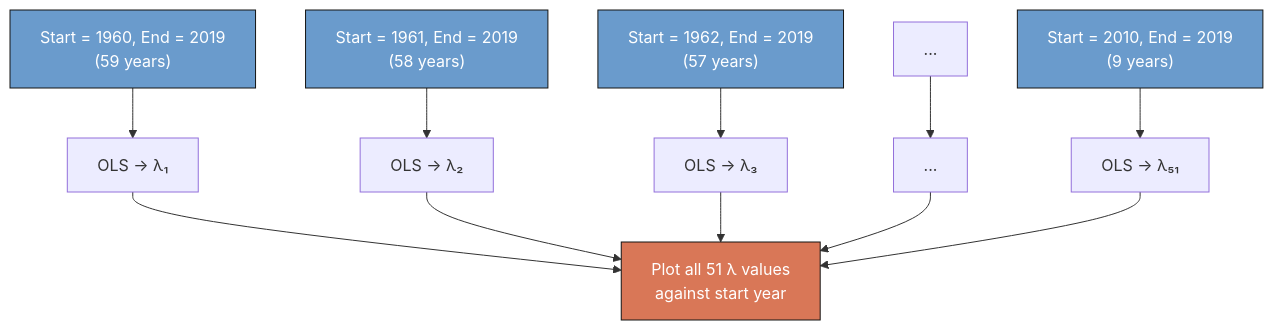
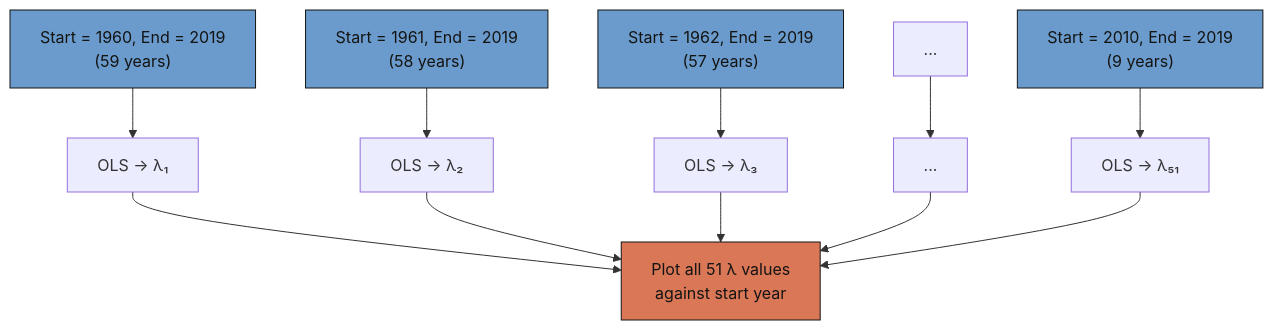
The second of 2 diagrams in content/post/stata_convergence/index.md (cmg777/starter-academic-v501), drawn with Mermaid before and after one commit. The commit also changed other lines of this file and 67 other files, not shown here.

First line of the commit message:
fix(mermaid): readable diagram text in both themes across the site

````diff
--- a/content/post/stata_convergence/index.md
+++ b/content/post/stata_convergence/index.md
@@ -623,20 +623,20 @@
 ```mermaid
 graph TD
     A["Start = 1960, End = 2019<br/>(59 years)"] --> R1["OLS → λ₁"]
     B["Start = 1961, End = 2019<br/>(58 years)"] --> R2["OLS → λ₂"]
     C["Start = 1962, End = 2019<br/>(57 years)"] --> R3["OLS → λ₃"]
     D["..."] --> R4["..."]
     E["Start = 2010, End = 2019<br/>(9 years)"] --> R5["OLS → λ₅₁"]
 
     R1 --> P["Plot all 51 λ values<br/>against start year"]
     R2 --> P
     R3 --> P
     R4 --> P
     R5 --> P
 
-    style A fill:#6a9bcc,stroke:#141413,color:#fff
-    style B fill:#6a9bcc,stroke:#141413,color:#fff
-    style C fill:#6a9bcc,stroke:#141413,color:#fff
-    style E fill:#6a9bcc,stroke:#141413,color:#fff
-    style P fill:#d97757,stroke:#141413,color:#fff
+    style A fill:#6a9bcc,stroke:#141413,color:#141413
+    style B fill:#6a9bcc,stroke:#141413,color:#141413
+    style C fill:#6a9bcc,stroke:#141413,color:#141413
+    style E fill:#6a9bcc,stroke:#141413,color:#141413
+    style P fill:#d97757,stroke:#141413,color:#141413
 ```
````
